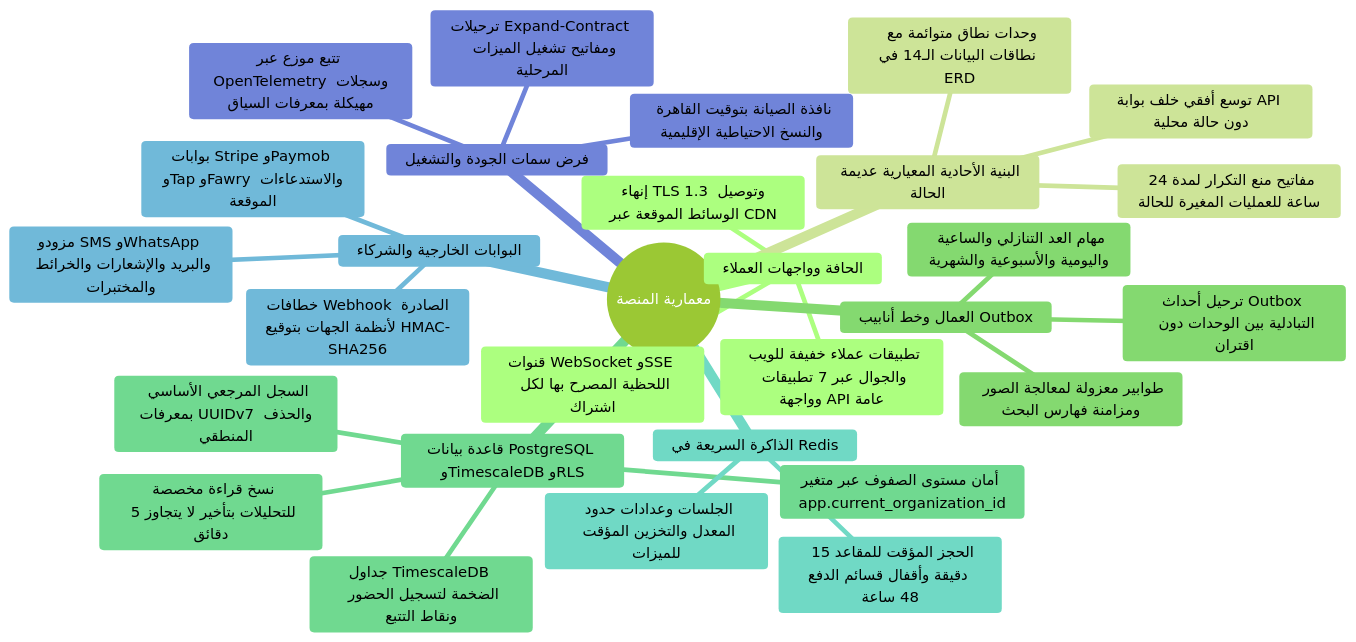
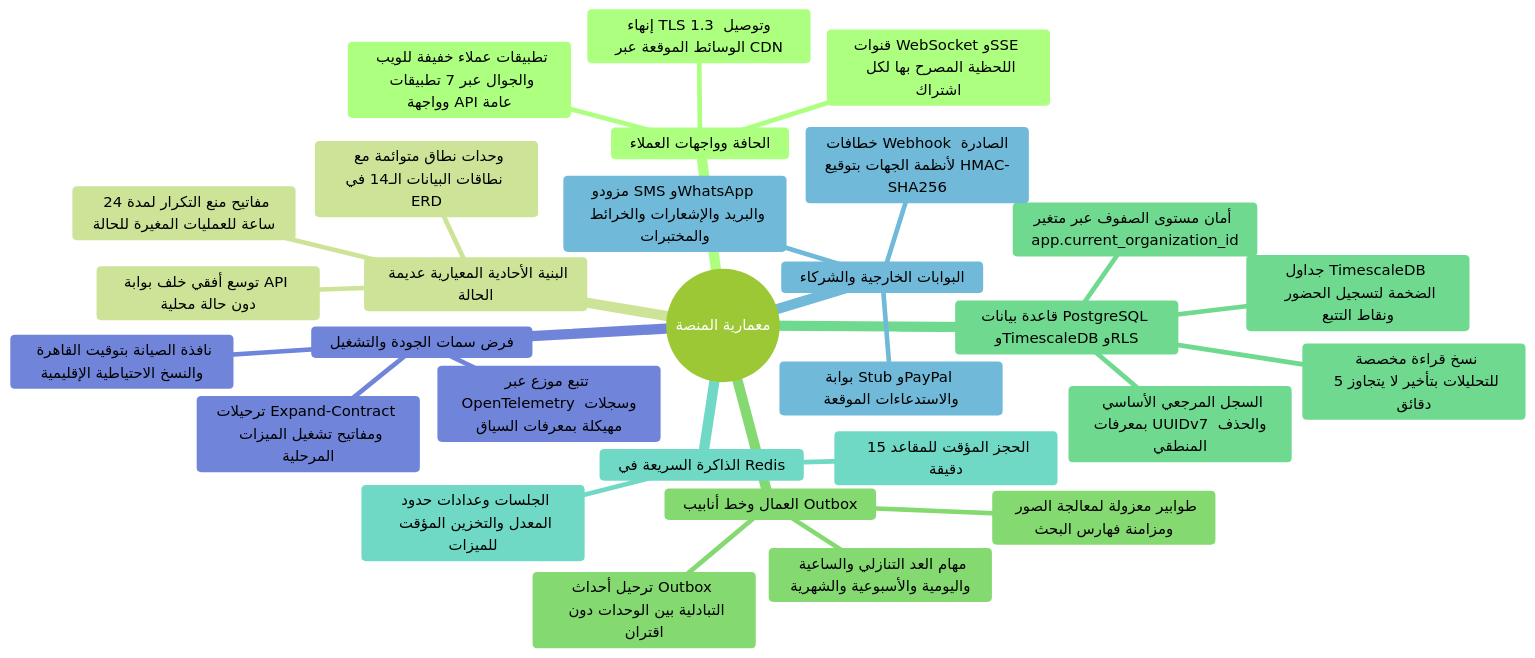
One commit to mohamedhabibwork/trips-enjoy-docs changed the first of 2 diagrams in content/docs/ar/architecture/index.mdx. Above: the diagram before and after it, drawn with Mermaid (forest theme). The commit also changed other lines of this file and 117 other files, not shown here.

````diff
--- a/content/docs/ar/architecture/index.mdx
+++ b/content/docs/ar/architecture/index.mdx
@@ -76,32 +76,32 @@
 ```mermaid
 mindmap
   root(("معمارية المنصة"))
     الحافة وواجهات العملاء
       إنهاء TLS 1.3 وتوصيل الوسائط الموقعة عبر CDN
       تطبيقات عملاء خفيفة للويب والجوال عبر 7 تطبيقات وواجهة API عامة
       قنوات WebSocket وSSE اللحظية المصرح بها لكل اشتراك
     البنية الأحادية المعيارية عديمة الحالة
       وحدات نطاق متوائمة مع نطاقات البيانات الـ14 في ERD
       توسع أفقي خلف بوابة API دون حالة محلية
       مفاتيح منع التكرار لمدة 24 ساعة للعمليات المغيرة للحالة
     العمال وخط أنابيب Outbox
       ترحيل أحداث Outbox التبادلية بين الوحدات دون اقتران
       مهام العد التنازلي والساعية واليومية والأسبوعية والشهرية
       طوابير معزولة لمعالجة الصور ومزامنة فهارس البحث
     قاعدة بيانات PostgreSQL وTimescaleDB وRLS
       السجل المرجعي الأساسي بمعرفات UUIDv7 والحذف المنطقي
       أمان مستوى الصفوف عبر متغير app.current_organization_id
       جداول TimescaleDB الضخمة لتسجيل الحضور ونقاط التتبع
       نسخ قراءة مخصصة للتحليلات بتأخير لا يتجاوز 5 دقائق
     الذاكرة السريعة في Redis
       الجلسات وعدادات حدود المعدل والتخزين المؤقت للميزات
-      الحجز المؤقت للمقاعد 15 دقيقة وأقفال قسائم الدفع 48 ساعة
+      الحجز المؤقت للمقاعد 15 دقيقة
     البوابات الخارجية والشركاء
-      بوابات Stripe وPaymob وTap وFawry والاستدعاءات الموقعة
+      بوابة Stub وPayPal والاستدعاءات الموقعة
       مزودو SMS وWhatsApp والبريد والإشعارات والخرائط والمختبرات
       خطافات Webhook الصادرة لأنظمة الجهات بتوقيع HMAC-SHA256
     فرض سمات الجودة والتشغيل
       ترحيلات Expand-Contract ومفاتيح تشغيل الميزات المرحلية
       تتبع موزع عبر OpenTelemetry وسجلات مهيكلة بمعرفات السياق
       نافذة الصيانة بتوقيت القاهرة والنسخ الاحتياطية الإقليمية
 ```
````
